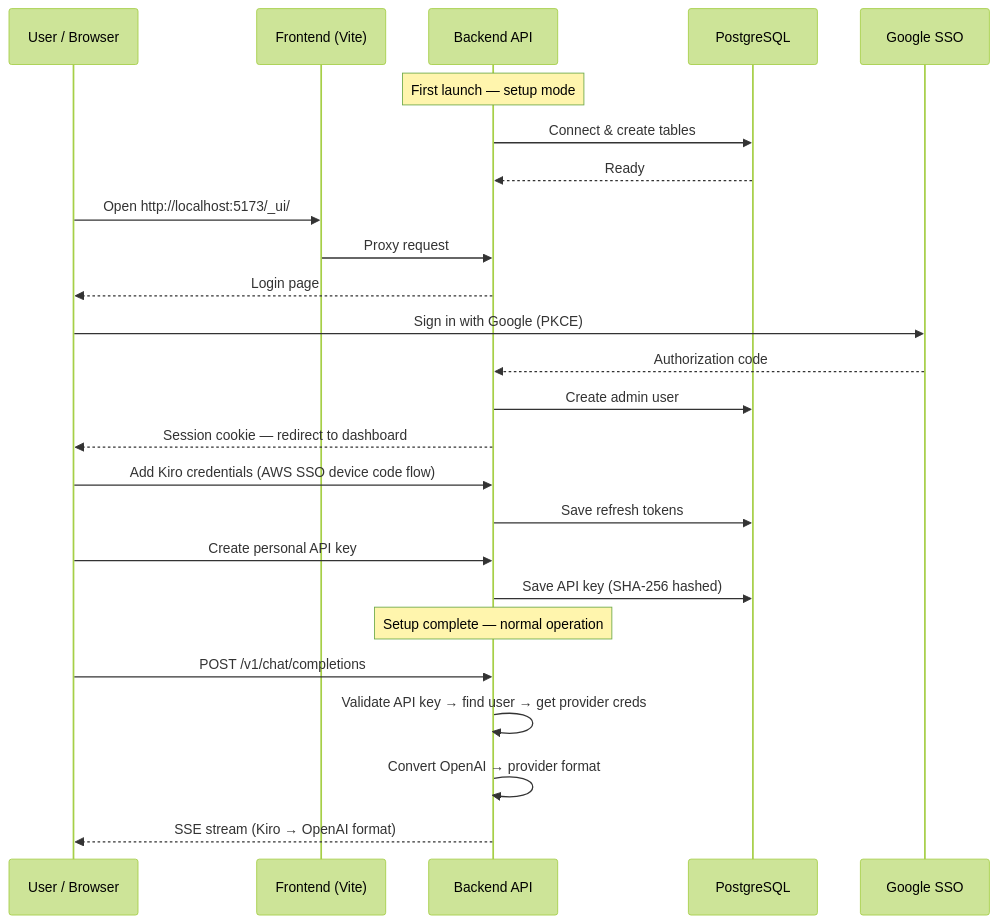
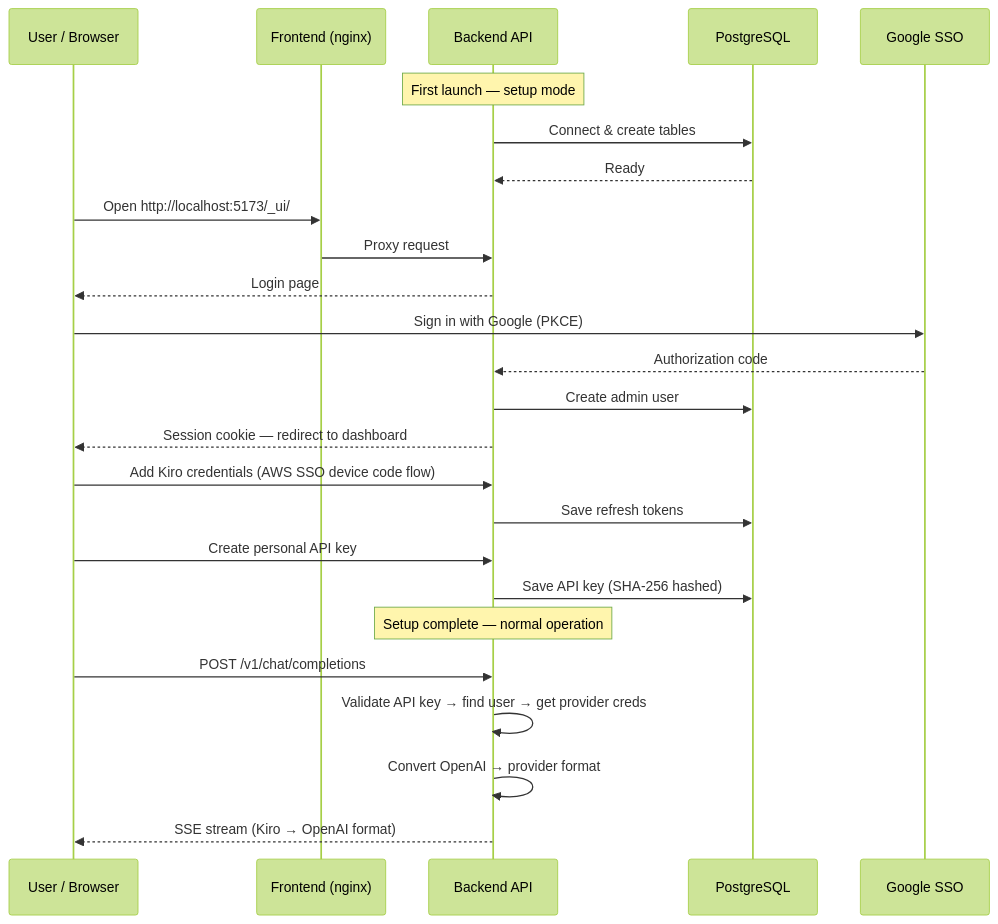
The diagram in gh-pages/docs/getting-started.md (if414013/harbangan), drawn with Mermaid (forest theme) before and after one commit. The commit also changed other lines of this file and 15 other files, not shown here.

````diff
--- a/gh-pages/docs/getting-started.md
+++ b/gh-pages/docs/getting-started.md
@@ -230,34 +240,34 @@
 ```mermaid
 sequenceDiagram
     participant User as User / Browser
-    participant FE as Frontend (Vite)
+    participant FE as Frontend (nginx)
     participant GW as Backend API
     participant DB as PostgreSQL
     participant Google as Google SSO
 
     Note over GW: First launch — setup mode
     GW->>DB: Connect & create tables
     DB-->>GW: Ready
 
     User->>FE: Open http://localhost:5173/_ui/
     FE->>GW: Proxy request
     GW-->>User: Login page
 
     User->>Google: Sign in with Google (PKCE)
     Google-->>GW: Authorization code
     GW->>DB: Create admin user
     GW-->>User: Session cookie — redirect to dashboard
 
     User->>GW: Add Kiro credentials (AWS SSO device code flow)
     GW->>DB: Save refresh tokens
 
     User->>GW: Create personal API key
     GW->>DB: Save API key (SHA-256 hashed)
 
     Note over GW: Setup complete — normal operation
 
     User->>GW: POST /v1/chat/completions
     GW->>GW: Validate API key → find user → get provider creds
     GW->>GW: Convert OpenAI → provider format
     GW-->>User: SSE stream (Kiro → OpenAI format)
 ```
````
